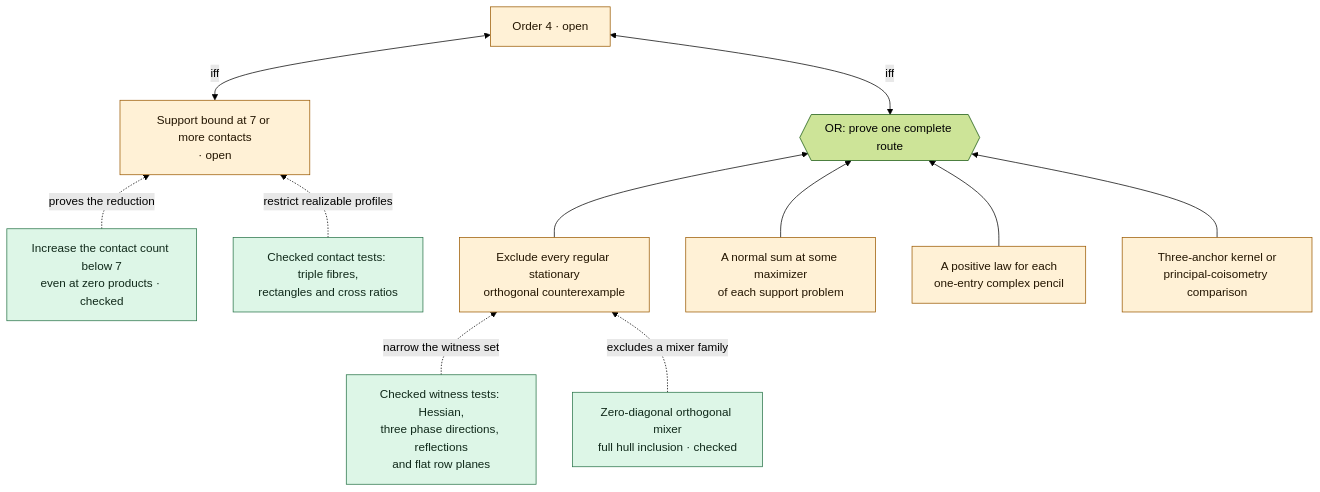
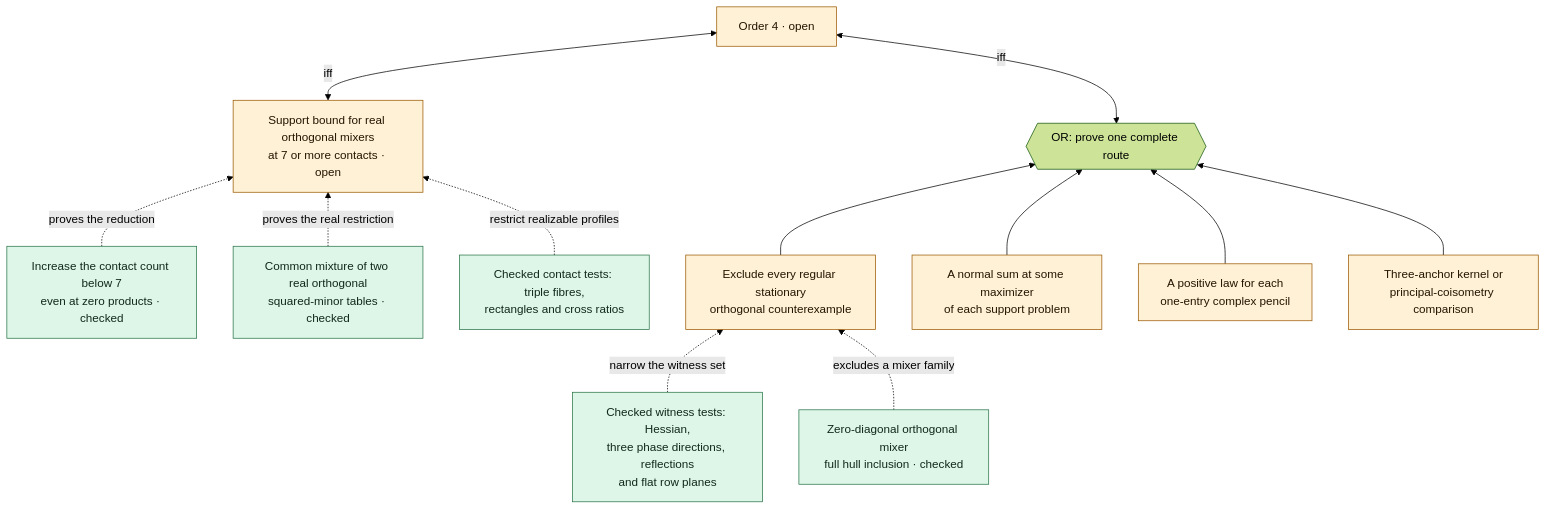
One commit to ascendnoosphere/MOC changed the second of 5 diagrams in Lean/ProofTree.md. Above: the diagram before and after it, drawn with Mermaid (forest theme). The commit also changed other lines of this file and 45 other files, not shown here.

````diff
--- a/Lean/ProofTree.md
+++ b/Lean/ProofTree.md
@@ -43,26 +43,28 @@
 ```mermaid
 flowchart BT
     FOUR["Order 4 · open"]:::open
     OR4{{"OR: prove one complete route"}}
     WITNESS["Exclude every regular stationary<br/>orthogonal counterexample"]:::open
     NORMAL["A normal sum at some maximizer<br/>of each support problem"]:::open
     PENCIL["A positive law for each<br/>one-entry complex pencil"]:::open
     CHART["Three-anchor kernel or<br/>principal-coisometry comparison"]:::open
     TRANSFER["Increase the contact count below 7<br/>even at zero products · checked"]:::checked
-    SEVEN["Support bound at 7 or more contacts<br/>· open"]:::open
+    SEVEN["Support bound for real orthogonal mixers<br/>at 7 or more contacts · open"]:::open
+    TWO["Common mixture of two real orthogonal<br/>squared-minor tables · checked"]:::checked
     TESTS["Checked witness tests: Hessian,<br/>three phase directions, reflections<br/>and flat row planes"]:::checked
     ZERO["Zero-diagonal orthogonal mixer<br/>full hull inclusion · checked"]:::checked
     PHASE["Checked contact tests: triple fibres,<br/>rectangles and cross ratios"]:::checked
     WITNESS --> OR4
     NORMAL --> OR4
     PENCIL --> OR4
     CHART --> OR4
     TRANSFER -. proves the reduction .-> SEVEN
+    TWO -. proves the real restriction .-> SEVEN
     SEVEN <-->|iff| FOUR
     TESTS -. narrow the witness set .-> WITNESS
     ZERO -. excludes a mixer family .-> WITNESS
     PHASE -. restrict realizable profiles .-> SEVEN
     OR4 <-->|iff| FOUR
     classDef open fill:#fff1d6,stroke:#9a5900,color:#231500
     classDef checked fill:#ddf6e7,stroke:#287348,color:#10291a
 ```
````
